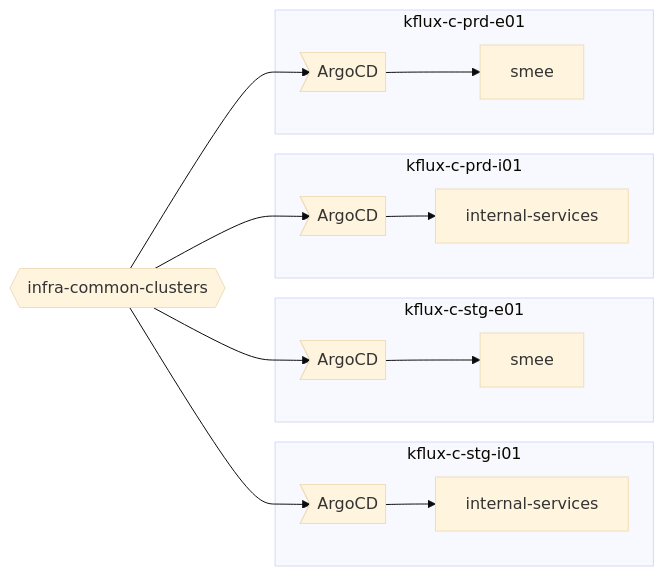
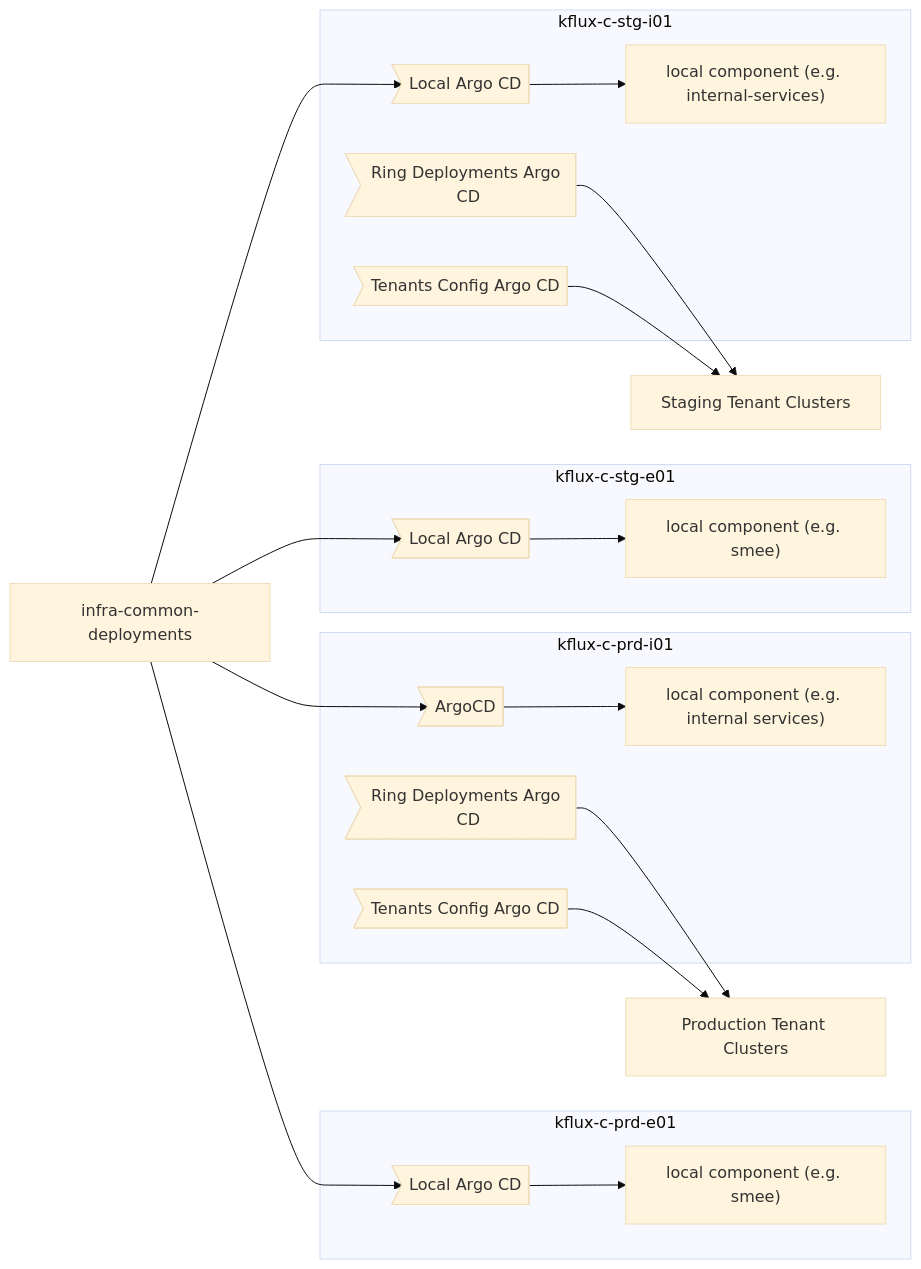
One commit to redhat-appstudio/infra-common-deployments changed the diagram in README.md. Above: the diagram before and after it, drawn with Mermaid (base theme). The commit also changed other lines of this file, not shown here.

````diff
--- a/README.md
+++ b/README.md
@@ -42,33 +42,47 @@
 ```mermaid
 graph LR
-    A{{infra-common-clusters}}
+    A[infra-common-deployments]
 
     A --> B1
     A --> C1
     A --> D1 
     A --> E1
 
     subgraph StagingInternal[kflux-c-stg-i01]
-        B1>ArgoCD]
-        B2[internal-services]
+        B1>Local Argo CD]
+        B2["local component (e.g. internal-services)"]
         B1 --> B2
+    
+        B3>Ring Deployments Argo CD]
+        B4>Tenants Config Argo CD]
     end
 
+    F["Staging Tenant Clusters"]
+    B3 --> F
+    B4 --> F
+
     subgraph StagingExternal[kflux-c-stg-e01]
-        C1>ArgoCD]
-        C2[smee]
+        C1>Local Argo CD]
+        C2["local component (e.g. smee)"]
         C1 --> C2
     end
 
     subgraph ProductionInternal[kflux-c-prd-i01]
         D1>ArgoCD]
-        D2[internal-services]
+        D2["local component (e.g. internal services)"]
         D1 --> D2
+
+        D3>Ring Deployments Argo CD]
+        D4>Tenants Config Argo CD]
     end
 
+    G["Production Tenant Clusters"]
+    D3 --> G
+    D4 --> G
+
     subgraph ProductionExternal[kflux-c-prd-e01]
-        E1>ArgoCD]
-        E2[smee]
+        E1>Local Argo CD]
+        E2["local component (e.g. smee)"]
         E1 --> E2
     end
 ```
````
